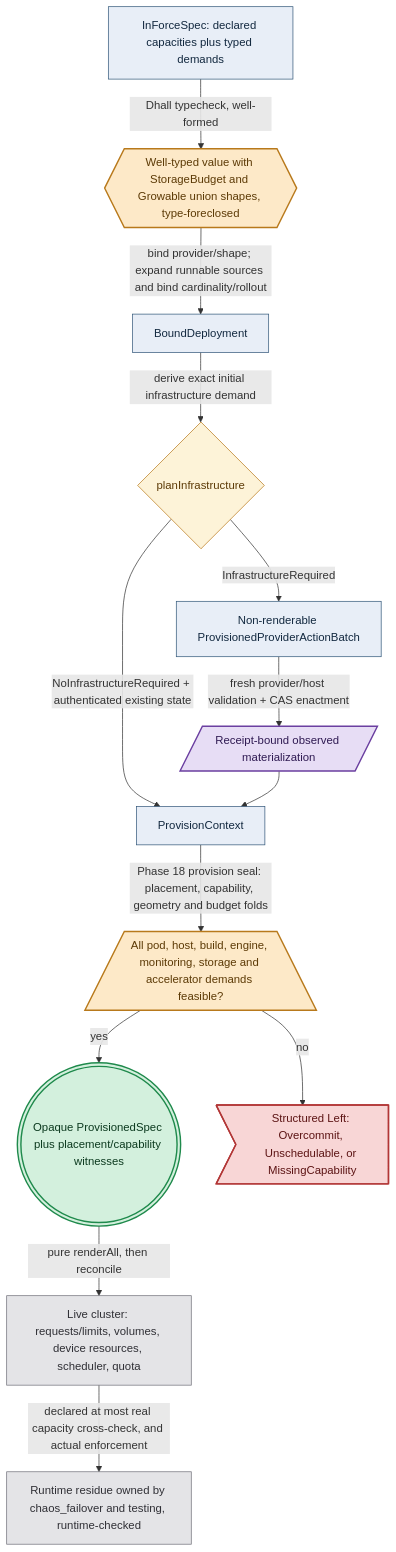
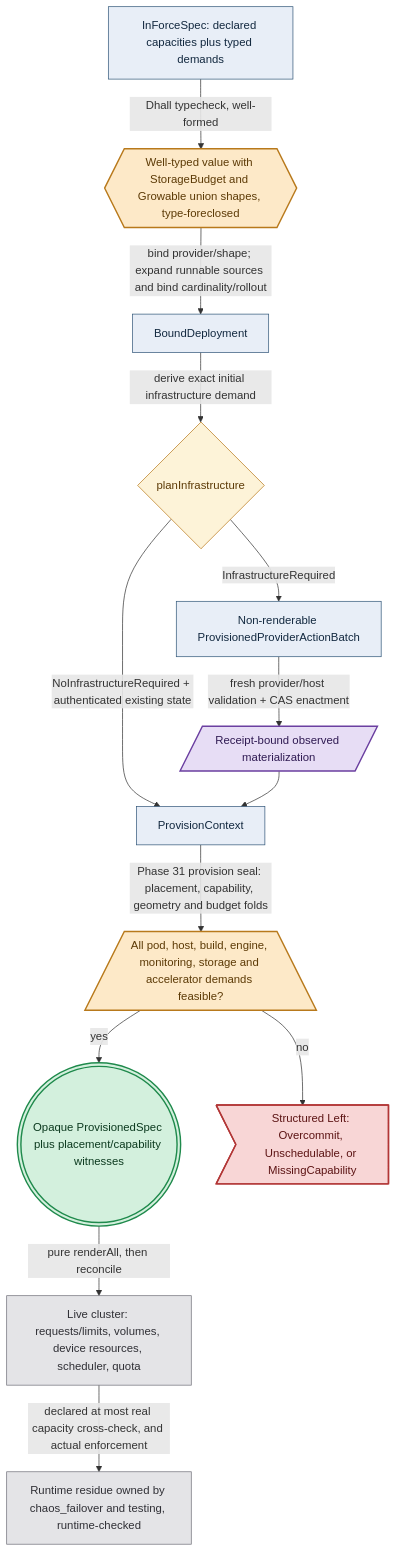
One commit to Tuee22/amoebius changed the diagram in documents/engineering/resource_capacity_doctrine.md. Above: the diagram before and after it, drawn with Mermaid. The commit also changed other lines of this file and 345 other files, not shown here.

````diff
--- a/documents/engineering/resource_capacity_doctrine.md
+++ b/documents/engineering/resource_capacity_doctrine.md
@@ -161,23 +161,23 @@
 ```mermaid
 flowchart TD
 %% register: algebra
   spec["InForceSpec: declared capacities plus typed demands"]:::intent -->|Dhall typecheck, well-formed| typed{{"Well-typed value with StorageBudget and Growable union shapes, type-foreclosed"}}:::gate
   typed -->|bind provider/shape; expand runnable sources and bind cardinality/rollout| bound["BoundDeployment"]:::intent
   bound -->|derive exact initial infrastructure demand| infra{"planInfrastructure"}:::decision
   infra -->|NoInfrastructureRequired + authenticated existing state| context["ProvisionContext"]:::intent
   infra -->|InfrastructureRequired| batch["Non-renderable ProvisionedProviderActionBatch"]:::intent
   batch -->|fresh provider/host validation + CAS enactment| receipt[/"Receipt-bound observed materialization"/]:::effect
   receipt --> context
-  context -->|Phase 18 provision seal: placement, capability, geometry and budget folds| fold[/"All pod, host, build, engine, monitoring, storage and accelerator demands feasible?"\]:::gate
+  context -->|Phase 31 provision seal: placement, capability, geometry and budget folds| fold[/"All pod, host, build, engine, monitoring, storage and accelerator demands feasible?"\]:::gate
   fold -->|yes| ir((("Opaque ProvisionedSpec plus placement/capability witnesses"))):::seal
   fold -->|no| reject>"Structured Left: Overcommit, Unschedulable, or MissingCapability"]:::refuse
   ir -->|pure renderAll, then reconcile| runtime["Live cluster: requests/limits, volumes, device resources, scheduler, quota"]:::runtime
   runtime -->|declared at most real capacity cross-check, and actual enforcement| runtime-checked["Runtime residue owned by chaos_failover and testing, runtime-checked"]:::runtime
   classDef intent   fill:#e8eef7,stroke:#33587a,color:#12283f,stroke-width:1px
   classDef gate     fill:#fde9c8,stroke:#b8791b,color:#5c3a06,stroke-width:2px
   classDef decision fill:#fdf3d8,stroke:#b8791b,color:#5c3a06,stroke-width:1px
   classDef effect   fill:#e7ddf5,stroke:#6b3fa0,color:#2f1a52,stroke-width:2px
   classDef seal     fill:#d3f0dd,stroke:#1f8a4c,color:#0c3a1f,stroke-width:2px
   classDef refuse   fill:#f8d6d6,stroke:#b23636,color:#5c1414,stroke-width:2px
   classDef runtime  fill:#e4e4e7,stroke:#71717a,color:#2f2f35,stroke-width:1px
 ```
````
